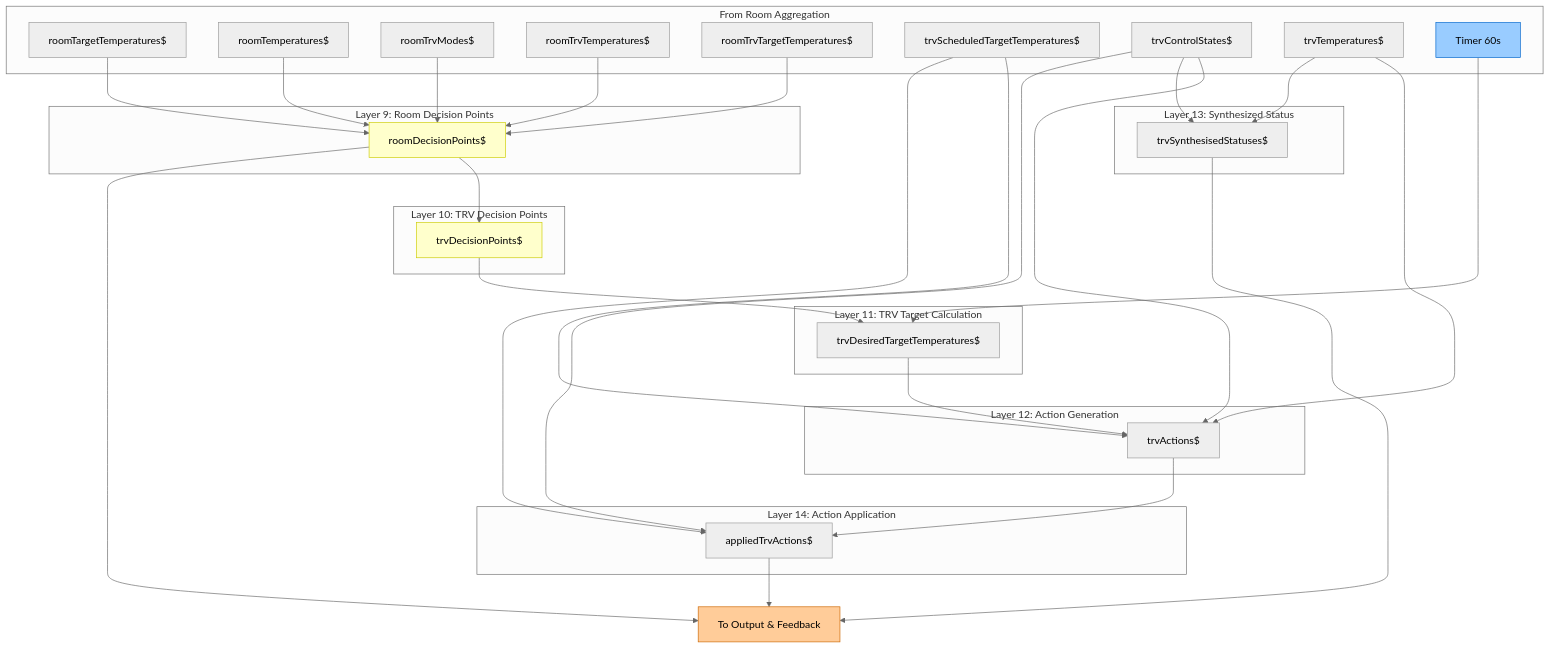
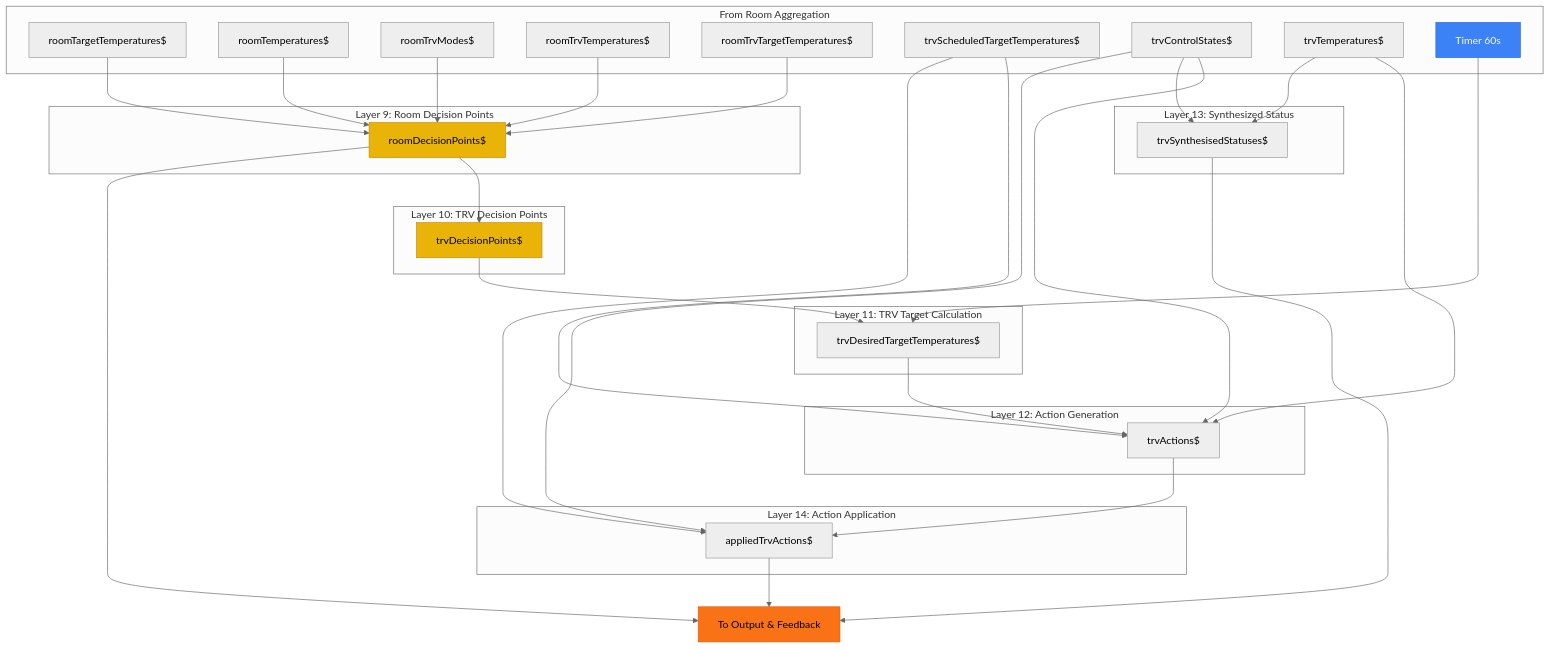
The diagram in packages/deep-heating-rx/docs/data-flow-decisions.md (GraemeF/home-automation), drawn with Mermaid (neutral theme) before and after one commit. The commit also changed 4 other files, not shown here.

First line of the commit message:
fix: use high contrast colours for mermaid diagrams

````diff
--- a/packages/deep-heating-rx/docs/data-flow-decisions.md
+++ b/packages/deep-heating-rx/docs/data-flow-decisions.md
@@ -9,81 +9,81 @@
 ```mermaid
 flowchart TB
     subgraph Inputs["From Room Aggregation"]
         RoomTargets["roomTargetTemperatures$"]
         RoomTemps["roomTemperatures$"]
         RoomTrvModes["roomTrvModes$"]
         RoomTrvTemps["roomTrvTemperatures$"]
         RoomTrvTargets["roomTrvTargetTemperatures$"]
         TrvSchedTargets["trvScheduledTargetTemperatures$"]
         TrvControl["trvControlStates$"]
         TrvTemps["trvTemperatures$"]
         Timer60["Timer 60s"]
     end
 
     subgraph Layer9["Layer 9: Room Decision Points"]
         RoomDecisions["roomDecisionPoints$"]
     end
 
     subgraph Layer10["Layer 10: TRV Decision Points"]
         TrvDecisions["trvDecisionPoints$"]
     end
 
     subgraph Layer11["Layer 11: TRV Target Calculation"]
         TrvDesired["trvDesiredTargetTemperatures$"]
     end
 
     subgraph Layer12["Layer 12: Action Generation"]
         TrvActions["trvActions$"]
     end
 
     subgraph Layer13["Layer 13: Synthesized Status"]
         TrvSynthStatus["trvSynthesisedStatuses$"]
     end
 
     subgraph Layer14["Layer 14: Action Application"]
         AppliedActions["appliedTrvActions$"]
     end
 
     %% Layer 9 connections
     RoomTargets --> RoomDecisions
     RoomTemps --> RoomDecisions
     RoomTrvModes --> RoomDecisions
     RoomTrvTemps --> RoomDecisions
     RoomTrvTargets --> RoomDecisions
 
     %% Layer 10 connections
     RoomDecisions --> TrvDecisions
 
     %% Layer 11 connections
     TrvDecisions --> TrvDesired
     Timer60 --> TrvDesired
 
     %% Layer 12 connections
     TrvDesired --> TrvActions
     TrvControl --> TrvActions
     TrvTemps --> TrvActions
     TrvSchedTargets --> TrvActions
 
     %% Layer 13 connections
     TrvTemps --> TrvSynthStatus
     TrvControl --> TrvSynthStatus
 
     %% Layer 14 connections
     TrvActions --> AppliedActions
     TrvControl --> AppliedActions
     TrvSchedTargets --> AppliedActions
 
     %% Outputs
     AppliedActions --> Output["To Output & Feedback"]
     TrvSynthStatus --> Output
     RoomDecisions --> Output
 
     %% Styling
-    classDef timer fill:#99ccff,stroke:#0066cc
-    classDef output fill:#ffcc99,stroke:#cc6600
-    classDef decision fill:#ffffcc,stroke:#cccc00
+    classDef timer fill:#3b82f6,stroke:#2563eb,color:#fff
+    classDef output fill:#f97316,stroke:#ea580c,color:#000
+    classDef decision fill:#eab308,stroke:#ca8a04,color:#000
 
     class Timer60 timer
     class Output output
     class RoomDecisions,TrvDecisions decision
 ```
````
